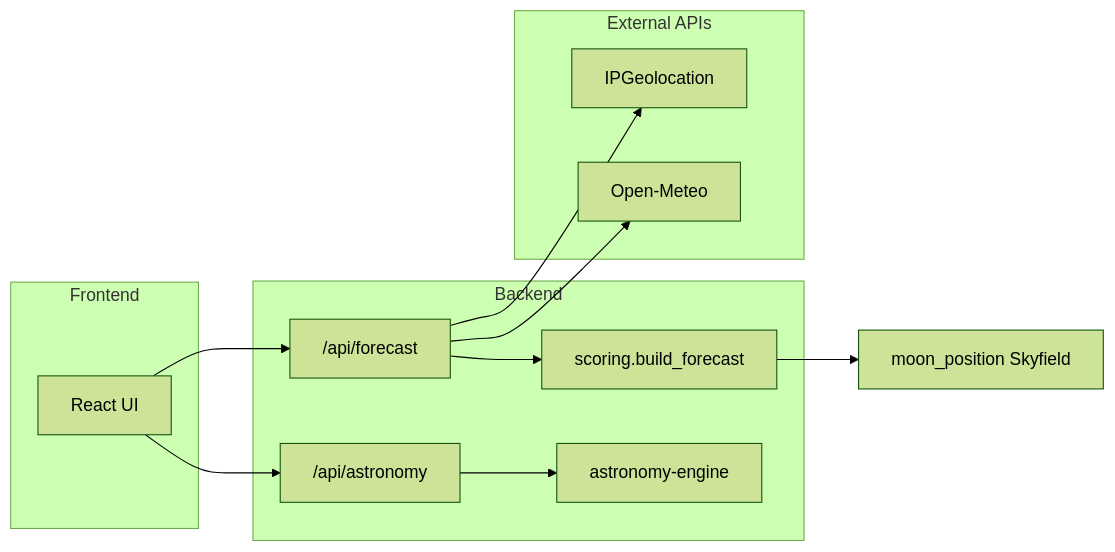
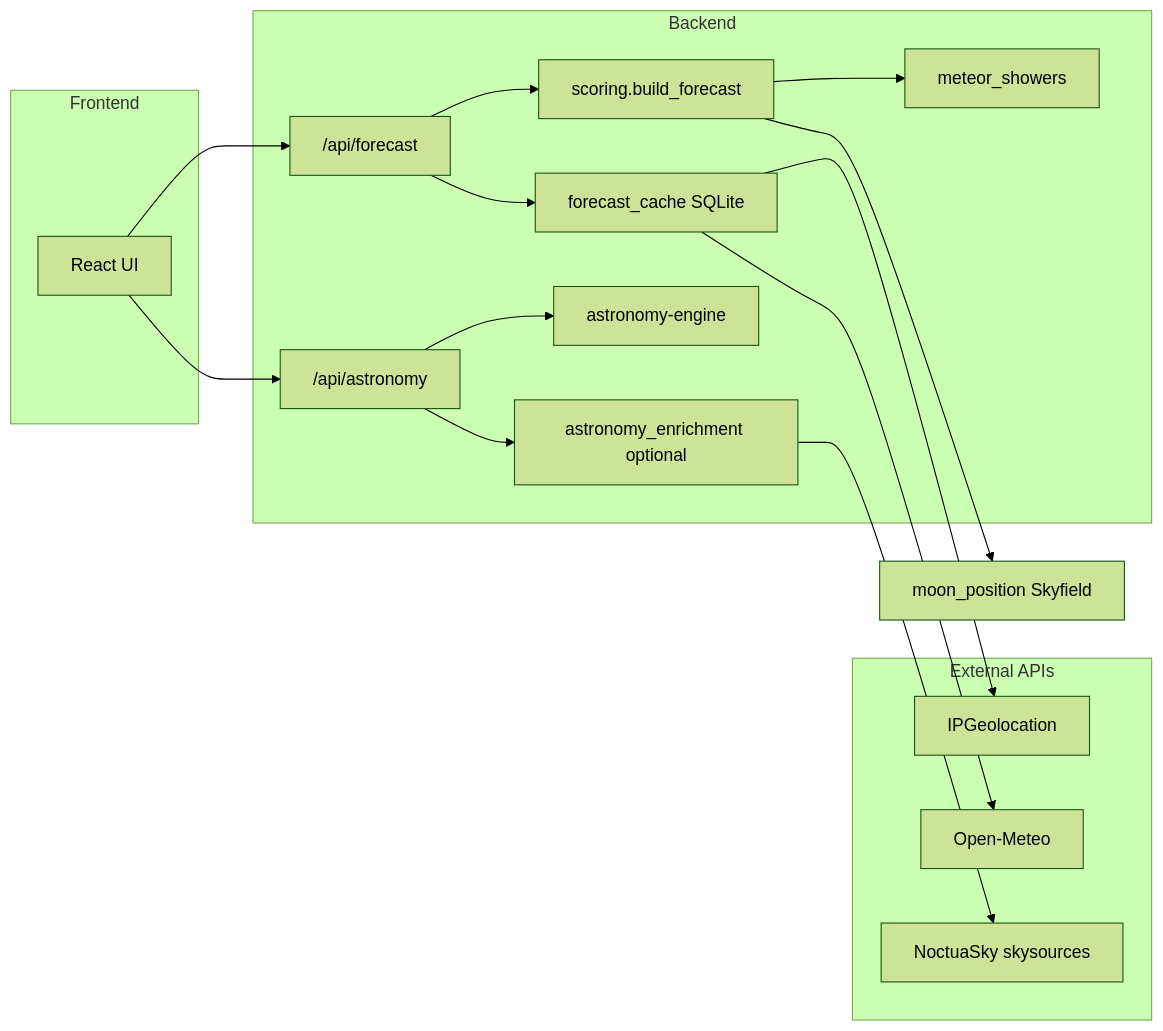
The diagram in README.md (jlaw3855/finderscope-app), drawn with Mermaid (forest theme) before and after one commit. The commit also changed other lines of this file and 43 other files, not shown here.

First line of the commit message:
Add forecast cache, meteor peak badges, and optional Noctua enrichment.

````diff
--- a/README.md
+++ b/README.md
@@ -176,23 +205,31 @@
 ```mermaid
 flowchart LR
   subgraph frontend [Frontend]
     UI[React UI]
   end
   subgraph backend [Backend]
     ForecastRouter["/api/forecast"]
+    ForecastCache[forecast_cache SQLite]
     Scoring[scoring.build_forecast]
+    MeteorSvc[meteor_showers]
     AstronomyRouter["/api/astronomy"]
     AstroEngine[astronomy-engine]
+    NoctuaEnrich[astronomy_enrichment optional]
   end
   subgraph external [External APIs]
     IPGeo[IPGeolocation]
     OpenMeteo[Open-Meteo]
+    Noctua[NoctuaSky skysources]
   end
   UI --> ForecastRouter
-  ForecastRouter --> IPGeo
-  ForecastRouter --> OpenMeteo
+  ForecastRouter --> ForecastCache
+  ForecastCache --> IPGeo
+  ForecastCache --> OpenMeteo
   ForecastRouter --> Scoring
+  Scoring --> MeteorSvc
   Scoring --> MoonPos[moon_position Skyfield]
   UI --> AstronomyRouter
   AstronomyRouter --> AstroEngine
+  AstronomyRouter --> NoctuaEnrich
+  NoctuaEnrich --> Noctua
 ```
````
